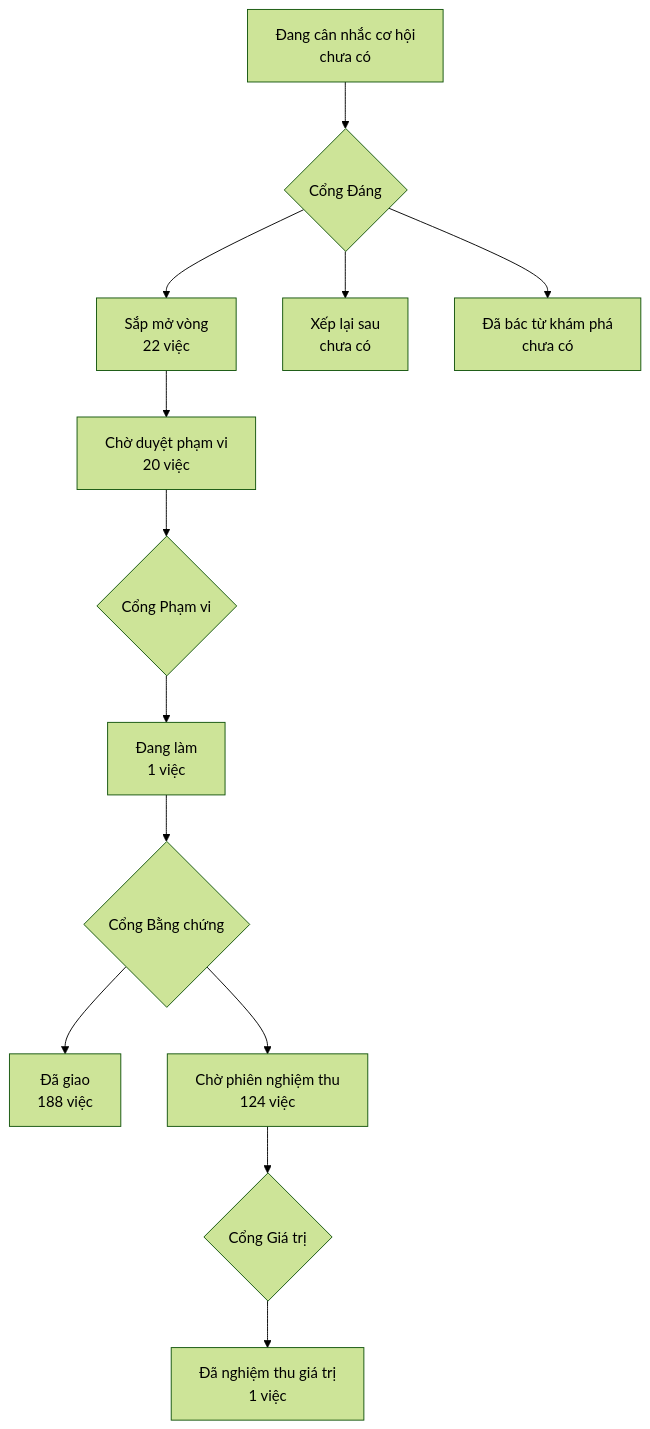
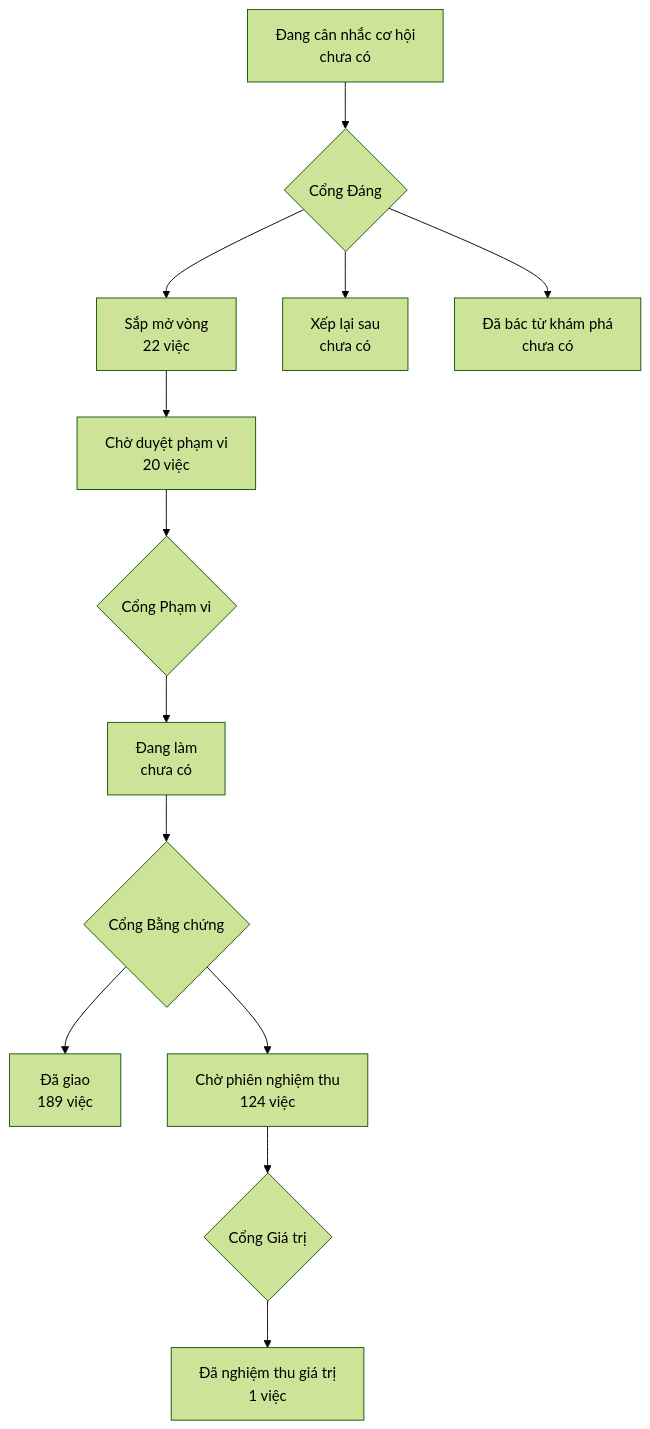
One commit to phanlemanh/onehub-invest changed the diagram in PRODUCT-MAP.md. Above: the diagram before and after it, drawn with Mermaid (forest theme). The commit also changed other lines of this file and 4 other files, not shown here.

````diff
--- a/PRODUCT-MAP.md
+++ b/PRODUCT-MAP.md
@@ -7,12 +7,12 @@
 ```mermaid
 flowchart TD
   A["Đang cân nhắc cơ hội<br/>chưa có"] --> GD{"Cổng Đáng"}
   GD --> B["Sắp mở vòng<br/>22 việc"]
   GD --> XL["Xếp lại sau<br/>chưa có"]
   GD --> DB["Đã bác từ khám phá<br/>chưa có"]
   B --> CD["Chờ duyệt phạm vi<br/>20 việc"] --> GP{"Cổng Phạm vi"}
-  GP --> DL["Đang làm<br/>1 việc"] --> GB{"Cổng Bằng chứng"}
-  GB --> DG["Đã giao<br/>188 việc"]
+  GP --> DL["Đang làm<br/>chưa có"] --> GB{"Cổng Bằng chứng"}
+  GB --> DG["Đã giao<br/>189 việc"]
   GB --> CN["Chờ phiên nghiệm thu<br/>124 việc"] --> GG{"Cổng Giá trị"}
   GG --> NT["Đã nghiệm thu giá trị<br/>1 việc"]
 ```
````
